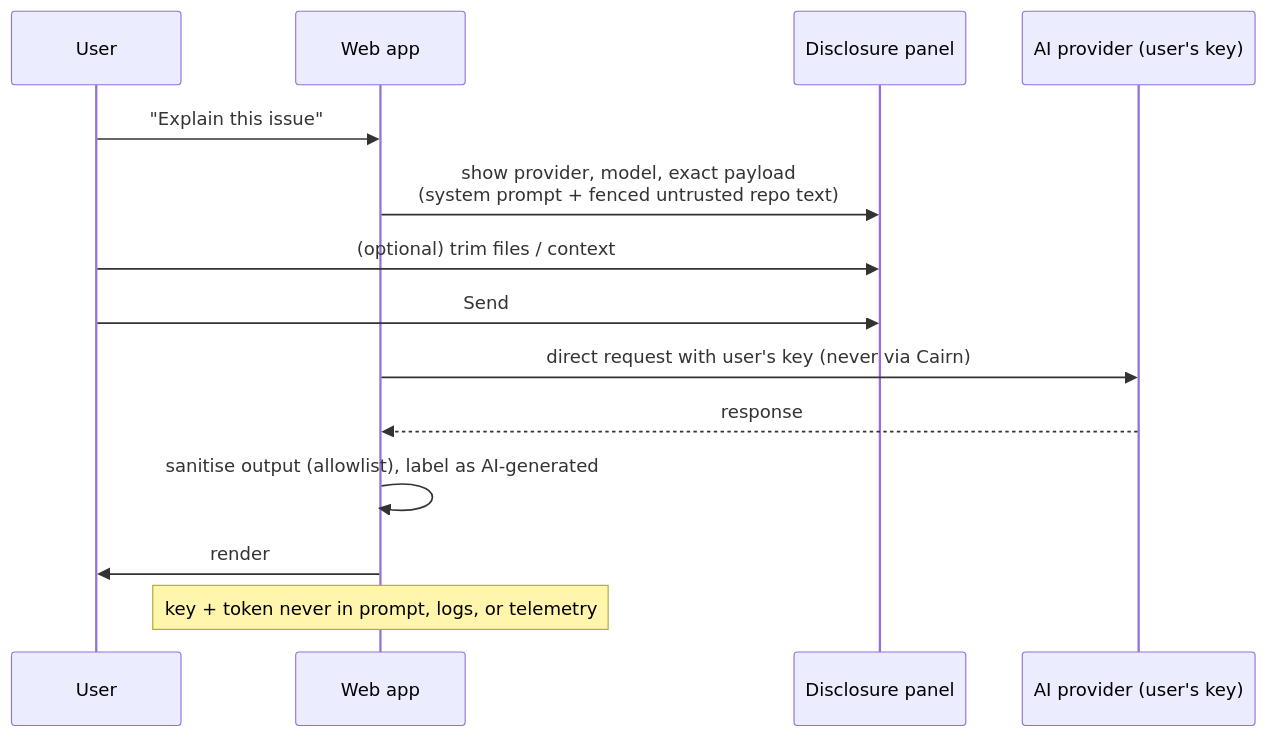
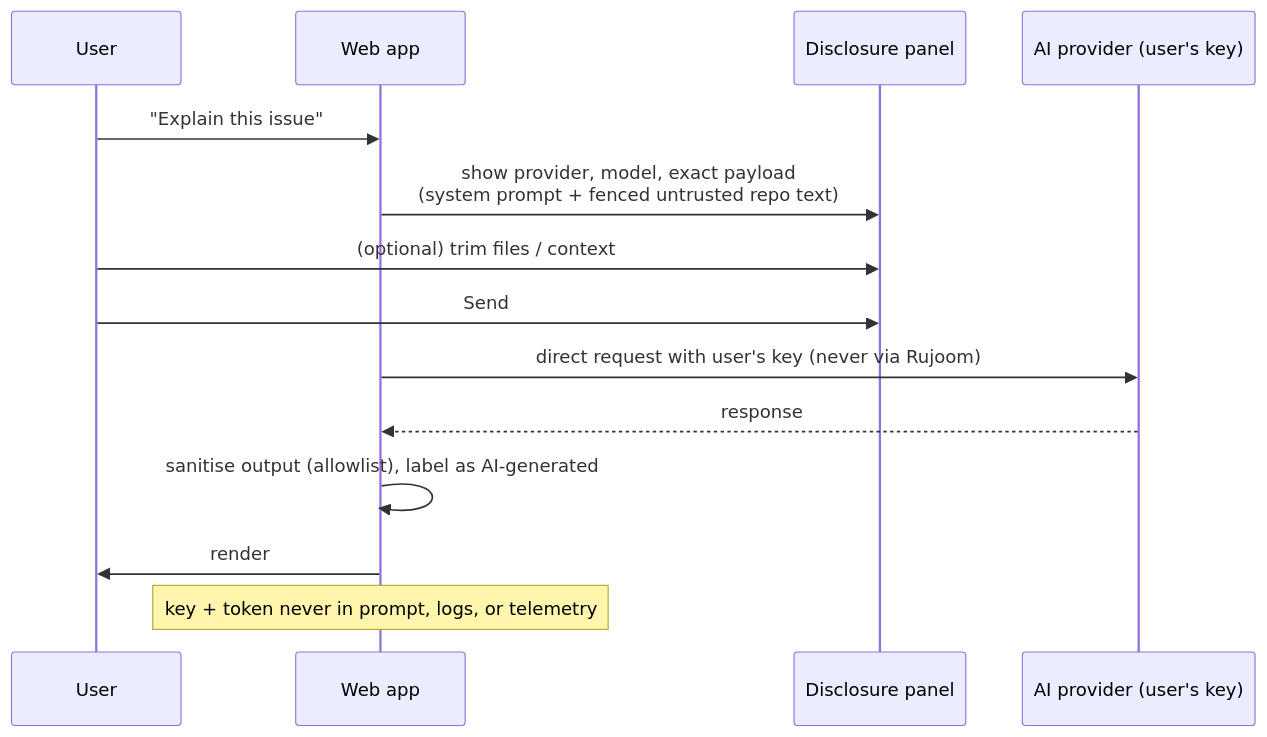
One commit to MahmoudNasserGouda/cairn changed the fifth of 7 diagrams in ARCHITECTURE.md. Above: the diagram before and after it, drawn with Mermaid. The commit also changed other lines of this file and 33 other files, not shown here.

First line of the commit message:
refactor: rename user-facing brand Cairn to Rujoom

````diff
--- a/ARCHITECTURE.md
+++ b/ARCHITECTURE.md
@@ -201,17 +201,17 @@
 ```mermaid
 sequenceDiagram
     participant U as User
     participant App as Web app
     participant D as Disclosure panel
     participant Prov as AI provider (user's key)
 
     U->>App: "Explain this issue"
     App->>D: show provider, model, exact payload<br/>(system prompt + fenced untrusted repo text)
     U->>D: (optional) trim files / context
     U->>D: Send
-    App->>Prov: direct request with user's key (never via Cairn)
+    App->>Prov: direct request with user's key (never via Rujoom)
     Prov-->>App: response
     App->>App: sanitise output (allowlist), label as AI-generated
     App->>U: render
     Note over App: key + token never in prompt, logs, or telemetry
 ```
````
